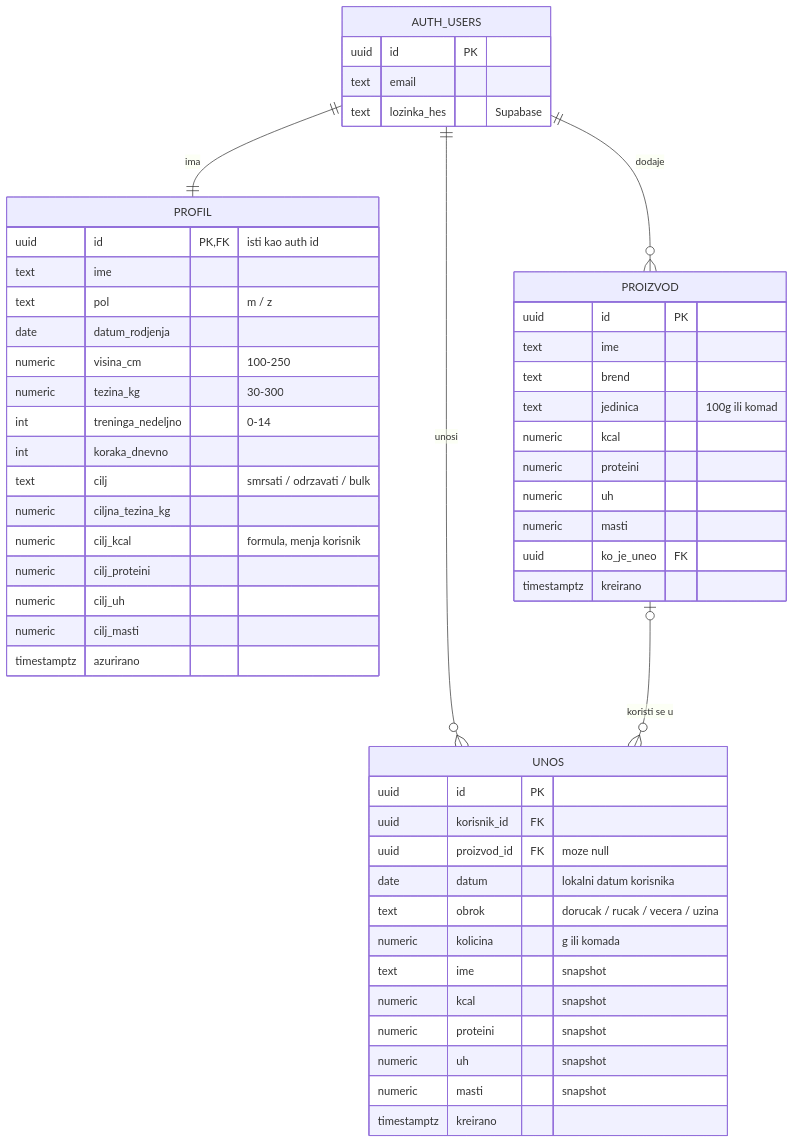
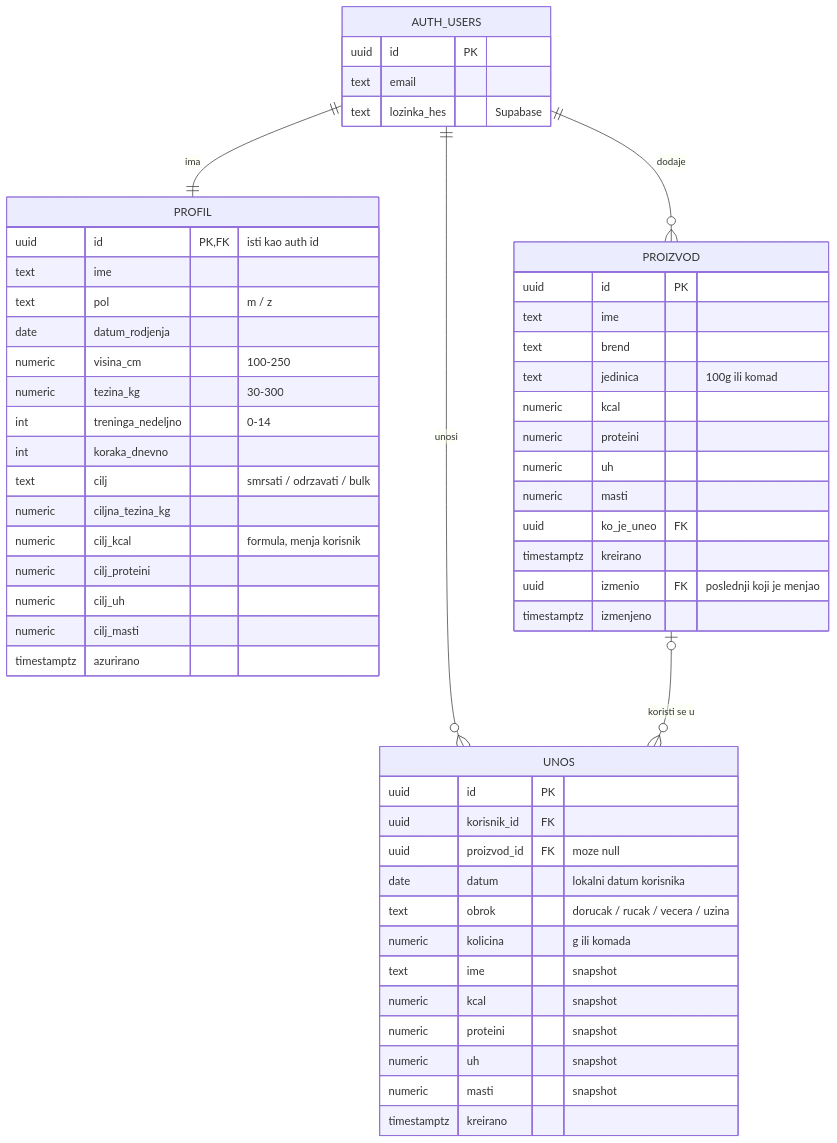
One commit to Du1eks/food-tracker changed the diagram in docs/model.md. Above: the diagram before and after it, drawn with Mermaid. The commit also changed other lines of this file and 1 other file, not shown here.

Commit message:
pravila za proizvode: menjaju svi, briše vlasnik

````diff
--- a/docs/model.md
+++ b/docs/model.md
@@ -3,55 +3,57 @@
 ```mermaid
 erDiagram
   AUTH_USERS ||--|| PROFIL : ima
   AUTH_USERS ||--o{ UNOS : unosi
   AUTH_USERS ||--o{ PROIZVOD : dodaje
   PROIZVOD |o--o{ UNOS : "koristi se u"
   AUTH_USERS {
     uuid id PK
     text email
     text lozinka_hes "Supabase"
   }
   PROFIL {
     uuid id PK,FK "isti kao auth id"
     text ime
     text pol "m / z"
     date datum_rodjenja
     numeric visina_cm "100-250"
     numeric tezina_kg "30-300"
     int treninga_nedeljno "0-14"
     int koraka_dnevno
     text cilj "smrsati / odrzavati / bulk"
     numeric ciljna_tezina_kg
     numeric cilj_kcal "formula, menja korisnik"
     numeric cilj_proteini
     numeric cilj_uh
     numeric cilj_masti
     timestamptz azurirano
   }
   PROIZVOD {
     uuid id PK
     text ime
     text brend
     text jedinica "100g ili komad"
     numeric kcal
     numeric proteini
     numeric uh
     numeric masti
     uuid ko_je_uneo FK
     timestamptz kreirano
+    uuid izmenio FK "poslednji koji je menjao"
+    timestamptz izmenjeno
   }
   UNOS {
     uuid id PK
     uuid korisnik_id FK
     uuid proizvod_id FK "moze null"
     date datum "lokalni datum korisnika"
     text obrok "dorucak / rucak / vecera / uzina"
     numeric kolicina "g ili komada"
     text ime "snapshot"
     numeric kcal "snapshot"
     numeric proteini "snapshot"
     numeric uh "snapshot"
     numeric masti "snapshot"
     timestamptz kreirano
   }
 ```
````
